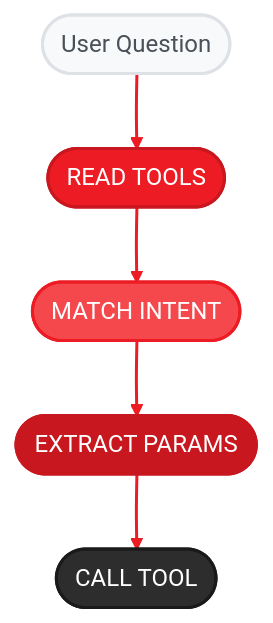
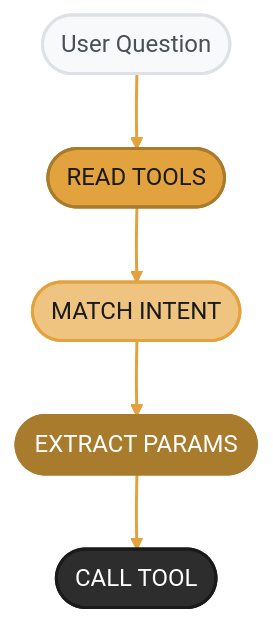
One commit to amd/gaia changed the diagram in docs/sdk/core/tools.mdx. Above: the diagram before and after it, drawn with Mermaid. The commit also changed 37 other files, not shown here.

````diff
--- a/docs/sdk/core/tools.mdx
+++ b/docs/sdk/core/tools.mdx
@@ -98,16 +98,16 @@
 ```mermaid
-%%{init: {'theme':'base', 'themeVariables': { 'primaryColor':'#ED1C24', 'primaryTextColor':'#fff', 'primaryBorderColor':'#C8171E', 'lineColor':'#F4484D', 'secondaryColor':'#2d2d2d', 'tertiaryColor':'#f5f5f5', 'fontFamily': 'system-ui, -apple-system, sans-serif'}}}%%
+%%{init: {'theme':'base', 'themeVariables': { 'primaryColor':'#E2A33E', 'primaryTextColor':'#1a1a1a', 'primaryBorderColor':'#A87B2D', 'lineColor':'#EFC480', 'secondaryColor':'#2d2d2d', 'tertiaryColor':'#f5f5f5', 'fontFamily': 'system-ui, -apple-system, sans-serif'}}}%%
 flowchart TD
     A(["User Question"]) --> B(["READ TOOLS"])
     B --> C(["MATCH INTENT"])
     C --> D(["EXTRACT PARAMS"])
     D --> E(["CALL TOOL"])
 
     style A fill:#f8f9fa,stroke:#dee2e6,stroke-width:2px,color:#495057
-    style B fill:#ED1C24,stroke:#C8171E,stroke-width:2px,color:#fff
-    style C fill:#F4484D,stroke:#ED1C24,stroke-width:2px,color:#fff
-    style D fill:#C8171E,stroke:#C8171E,stroke-width:2px,color:#fff
+    style B fill:#E2A33E,stroke:#A87B2D,stroke-width:2px,color:#1a1a1a
+    style C fill:#EFC480,stroke:#E2A33E,stroke-width:2px,color:#1a1a1a
+    style D fill:#A87B2D,stroke:#A87B2D,stroke-width:2px,color:#fff
     style E fill:#2d2d2d,stroke:#1a1a1a,stroke-width:2px,color:#fff
 
-    linkStyle 0,1,2,3 stroke:#ED1C24,stroke-width:2px
+    linkStyle 0,1,2,3 stroke:#E2A33E,stroke-width:2px
 ```
````
